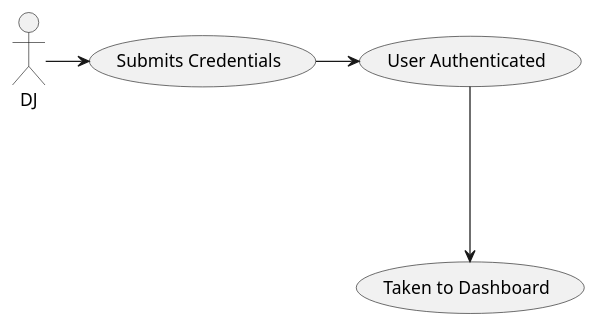
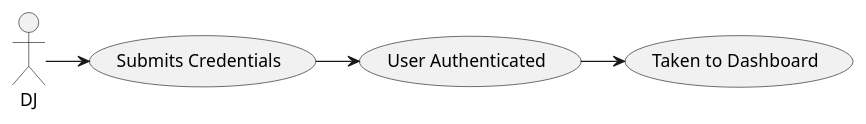
Before and after one commit to jakeharding/jukebox-dj: the diagram in docs/UseCases/DJLogin/Login.puml, drawn with PlantUML. The commit also changed 1 other file, not shown here.

```diff
--- a/docs/UseCases/DJLogin/Login.puml
+++ b/docs/UseCases/DJLogin/Login.puml
@@ -1,13 +1,13 @@
 @startuml
 :DJ: as DJ
 (Submits Credentials) as SC
 (User Authenticated) as UA
 (Taken to Dashboard) as DASH
 
 DJ -> SC
 
 SC -> UA
 
-UA ---> DASH
+UA -> DASH
 
 @enduml
```
